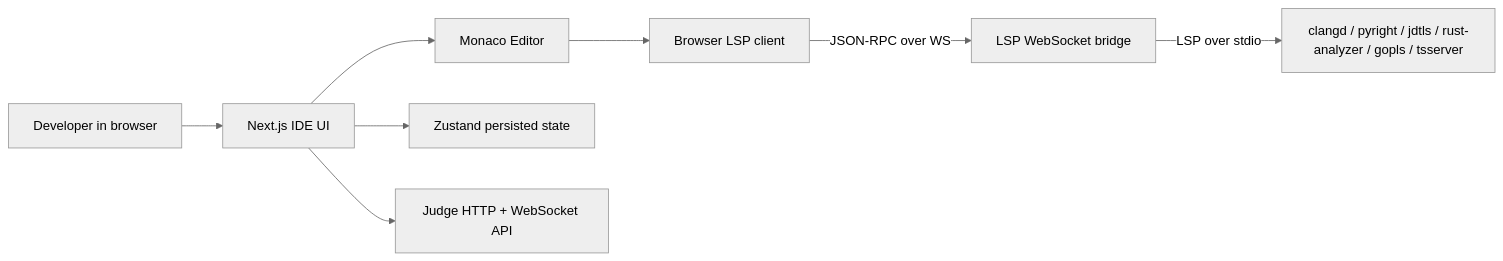
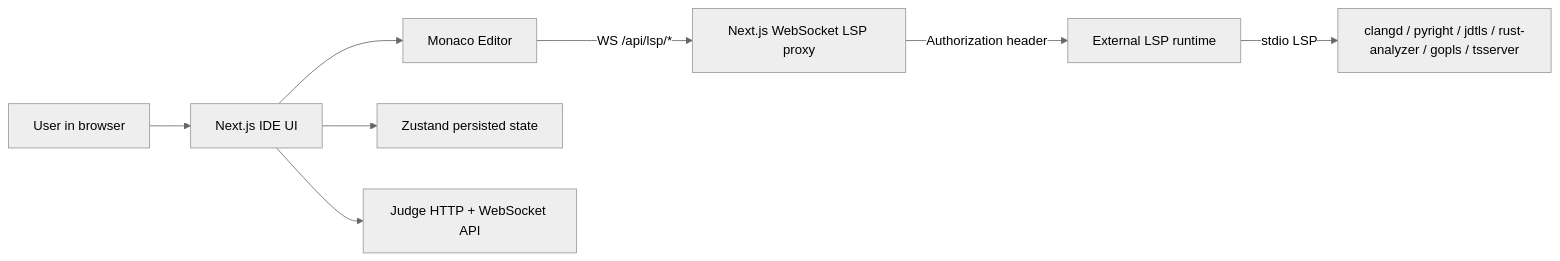
Before and after one commit to samuelloza/vibe-ide: the first of 3 diagrams in README.md, drawn with Mermaid (neutral theme). The commit also changed other lines of this file and 1 other file, not shown here.

````diff
--- a/README.md
+++ b/README.md
@@ -47,19 +50,19 @@
 ```mermaid
 flowchart LR
-  User[Developer in browser]
+  User[User in browser]
   UI[Next.js IDE UI]
   Monaco[Monaco Editor]
   Store[Zustand persisted state]
   Judge[Judge HTTP + WebSocket API]
-  LSPClient[Browser LSP client]
-  Bridge[LSP WebSocket bridge]
+  Proxy[Next.js WebSocket LSP proxy]
+  Runtime[External LSP runtime]
   Servers[clangd / pyright / jdtls / rust-analyzer / gopls / tsserver]
 
   User --> UI
   UI --> Store
   UI --> Monaco
   UI --> Judge
-  Monaco --> LSPClient
-  LSPClient -->|JSON-RPC over WS| Bridge
-  Bridge -->|LSP over stdio| Servers
+  Monaco -->|WS /api/lsp/*| Proxy
+  Proxy -->|Authorization header| Runtime
+  Runtime -->|stdio LSP| Servers
 ```
````
